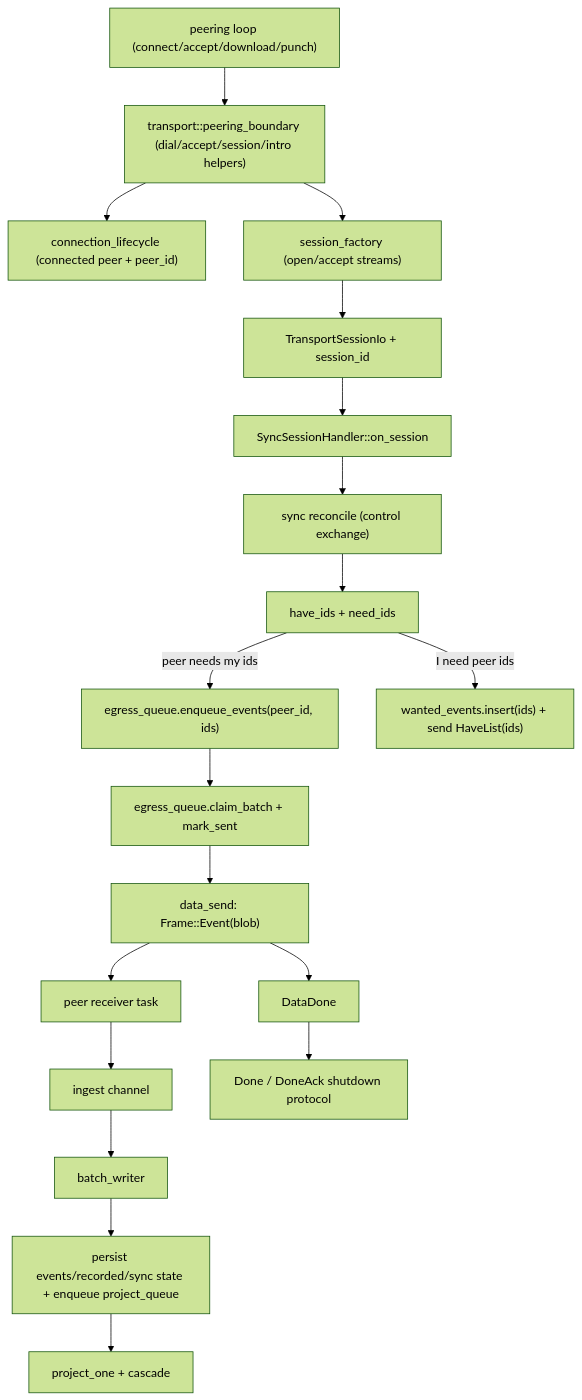
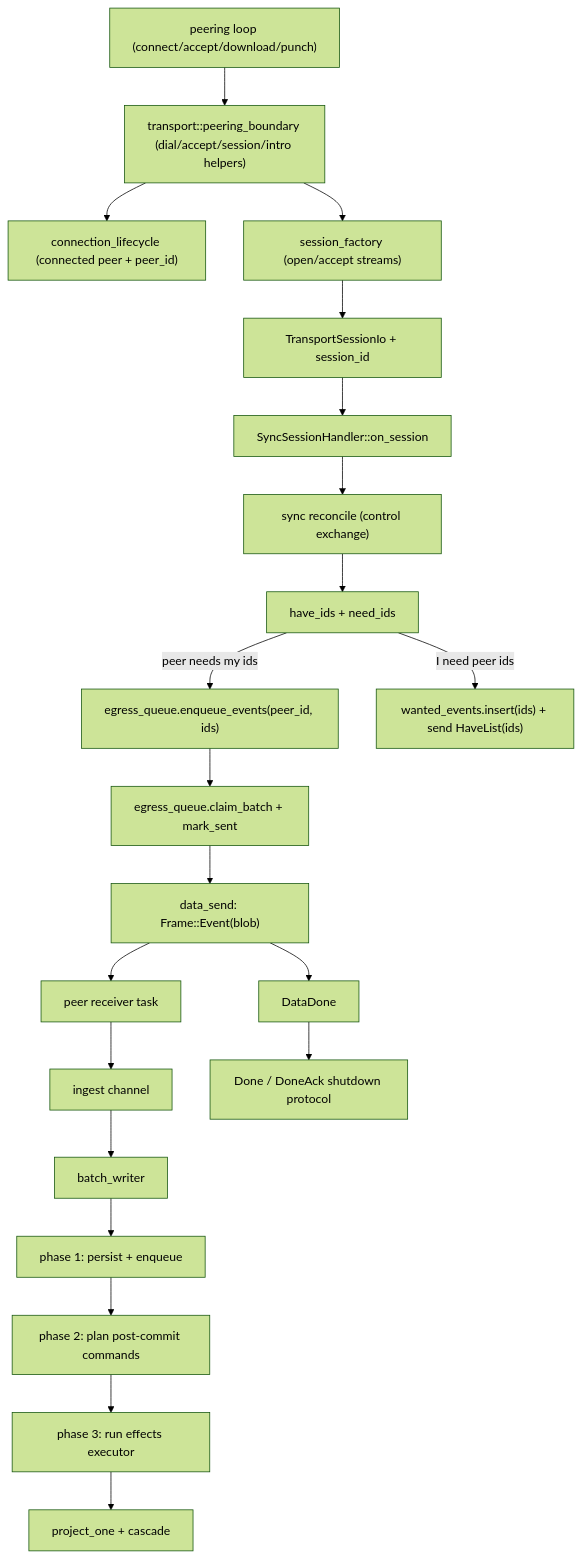
Before and after one commit to holmesworcester/topo: the third of 4 diagrams in docs/CURRENT_RUNTIME_DIAGRAM.md, drawn with Mermaid (forest theme). The commit also changed other lines of this file and 9 other files, not shown here.

````diff
--- a/docs/CURRENT_RUNTIME_DIAGRAM.md
+++ b/docs/CURRENT_RUNTIME_DIAGRAM.md
@@ -65,26 +65,28 @@
 ```mermaid
 flowchart TD
     PEER["peering loop (connect/accept/download/punch)"] --> BOUND["transport::peering_boundary (dial/accept/session/intro helpers)"]
     BOUND --> LIFE["connection_lifecycle (connected peer + peer_id)"]
     BOUND --> FACT["session_factory (open/accept streams)"]
     FACT --> IO["TransportSessionIo + session_id"]
     IO --> HANDLER["SyncSessionHandler::on_session"]
 
     HANDLER --> SYNC_RECON["sync reconcile (control exchange)"]
     SYNC_RECON --> IDS["have_ids + need_ids"]
 
     IDS -->|peer needs my ids| ENQ["egress_queue.enqueue_events(peer_id, ids)"]
     IDS -->|I need peer ids| HAVE["wanted_events.insert(ids) + send HaveList(ids)"]
 
     ENQ --> CLAIM["egress_queue.claim_batch + mark_sent"]
     CLAIM --> OUT["data_send: Frame::Event(blob)"]
     OUT --> RX["peer receiver task"]
     RX --> IN["ingest channel"]
 
     IN --> WRITER["batch_writer"]
-    WRITER --> STORE["persist events/recorded/sync state + enqueue project_queue"]
-    STORE --> PROJ["project_one + cascade"]
+    WRITER --> P1["phase 1: persist + enqueue"]
+    P1 --> P2["phase 2: plan post-commit commands"]
+    P2 --> P3["phase 3: run effects executor"]
+    P3 --> PROJ["project_one + cascade"]
 
     OUT --> DD["DataDone"]
     DD --> SHUT["Done / DoneAck shutdown protocol"]
 ```
````
